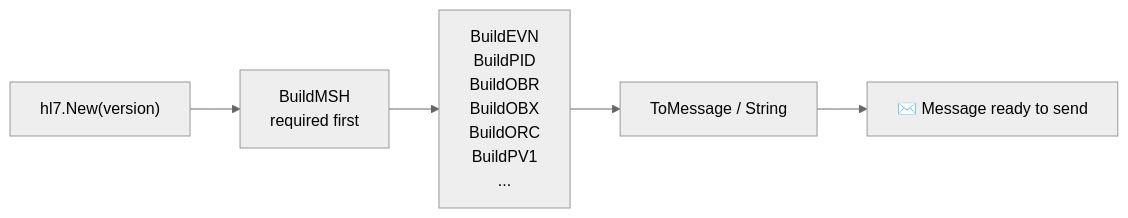
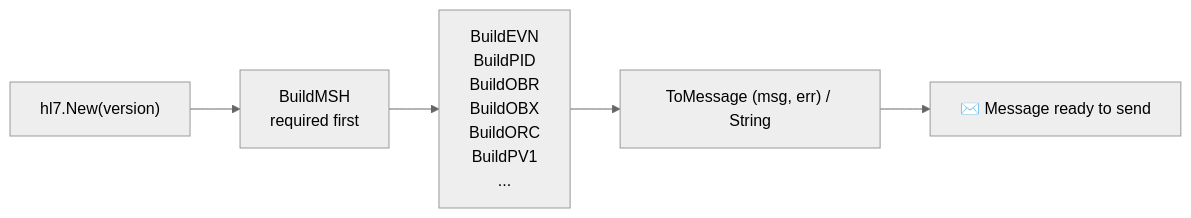
The first of 2 diagrams in client/README.md (Bugs5382/go-hl7), drawn with Mermaid (neutral theme) before and after one commit. The commit also changed other lines of this file and 27 other files, not shown here.

````diff
--- a/client/README.md
+++ b/client/README.md
@@ -114,7 +117,7 @@
 ```mermaid
 flowchart LR
     A["hl7.New(version)"] --> B[BuildMSH<br/>required first]
     B --> C[BuildEVN<br/>BuildPID<br/>BuildOBR<br/>BuildOBX<br/>BuildORC<br/>BuildPV1<br/>...]
-    C --> D[ToMessage / String]
+    C --> D["ToMessage (msg, err) / String"]
     D --> E[ ✉️ Message ready to send]
 ```
````
